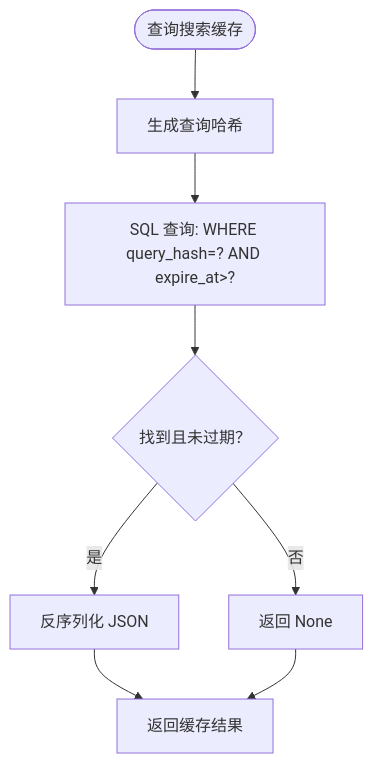
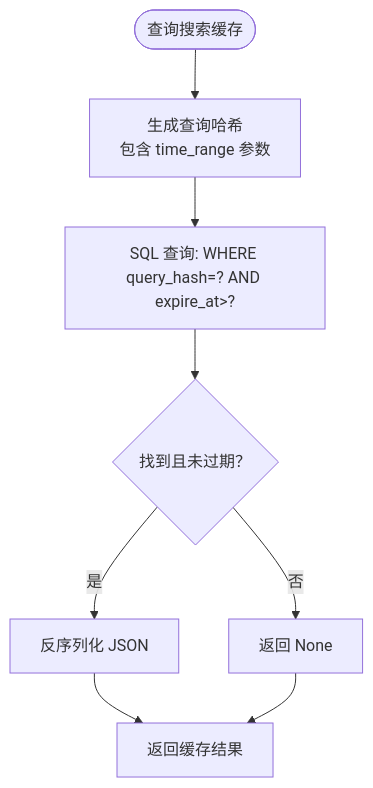
The sixth of 8 diagrams in .qoder/repowiki/zh/content/后端开发指南/服务层架构/搜索服务.md (wangdy21/search_is_all_you_need), drawn with Mermaid before and after one commit. The commit also changed other lines of this file and 11 other files, not shown here.

````diff
--- a/.qoder/repowiki/zh/content/后端开发指南/服务层架构/搜索服务.md
+++ b/.qoder/repowiki/zh/content/后端开发指南/服务层架构/搜索服务.md
@@ -241,10 +326,10 @@
 ```mermaid
 flowchart TD
-SStart(["查询搜索缓存"]) --> BuildKey["生成查询哈希"]
+SStart(["查询搜索缓存"]) --> BuildKey["生成查询哈希<br/>包含 time_range 参数"]
 BuildKey --> SQLQuery["SQL 查询: WHERE query_hash=? AND expire_at>?"]
 SQLQuery --> Found{"找到且未过期？"}
 Found --> |是| ParseJSON["反序列化 JSON"]
 Found --> |否| ReturnNone["返回 None"]
 ParseJSON --> ReturnResult["返回缓存结果"]
 ReturnNone --> ReturnResult
 ```
````
